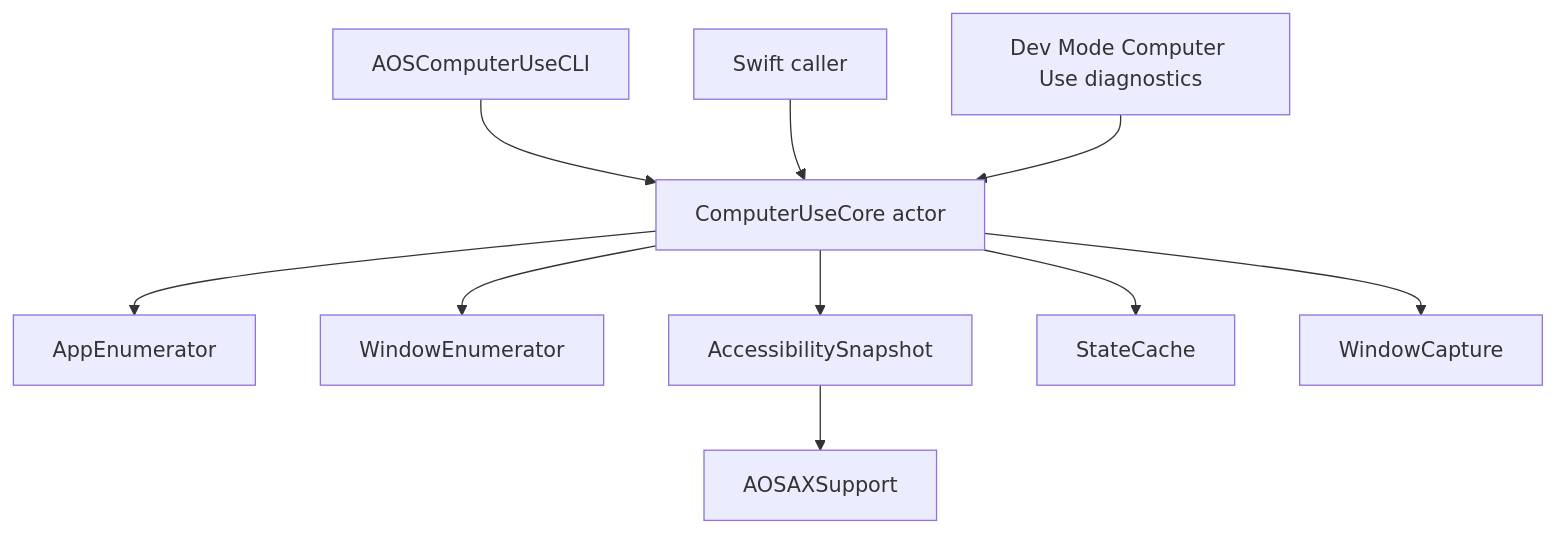
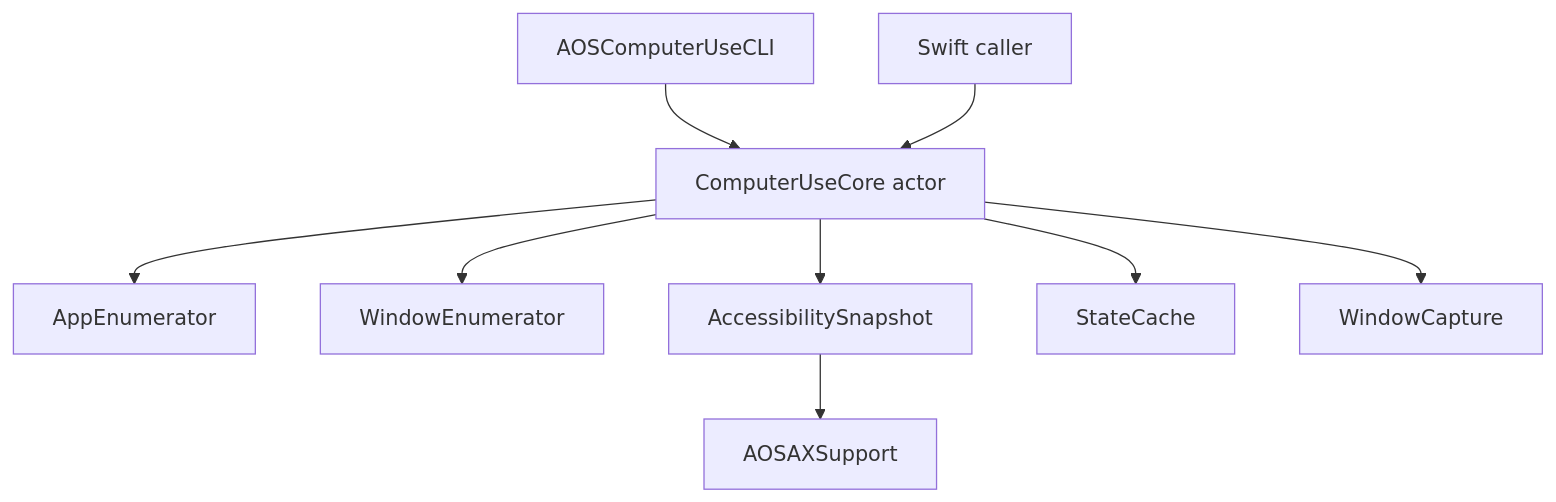
One commit to Puggo1145/AOS changed the diagram in docs/designs/computer-use.md. Above: the diagram before and after it, drawn with Mermaid. The commit also changed other lines of this file and 24 other files, not shown here.

````diff
--- a/docs/designs/computer-use.md
+++ b/docs/designs/computer-use.md
@@ -244,12 +243,11 @@
 ```mermaid
 flowchart TD
   CLI["AOSComputerUseCLI"] --> Service
   Caller["Swift caller"] --> Service["ComputerUseCore actor"]
-  DevMode["Dev Mode Computer Use diagnostics"] --> Service
   Service --> Apps["AppEnumerator"]
   Service --> Windows["WindowEnumerator"]
   Service --> Snapshot["AccessibilitySnapshot"]
   Service --> Cache["StateCache"]
   Service --> Capture["WindowCapture"]
   Snapshot --> AXSupport["AOSAXSupport"]
 ```
````
